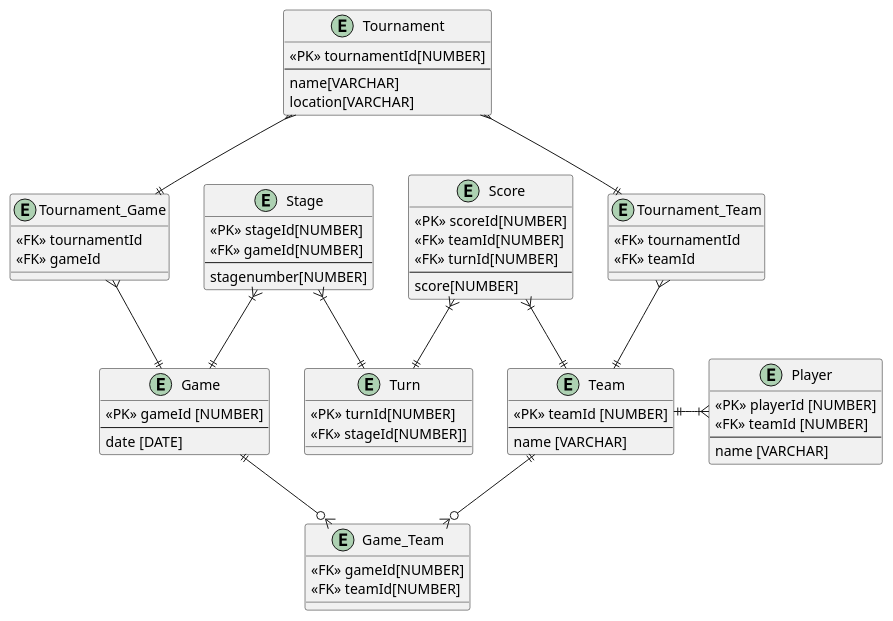
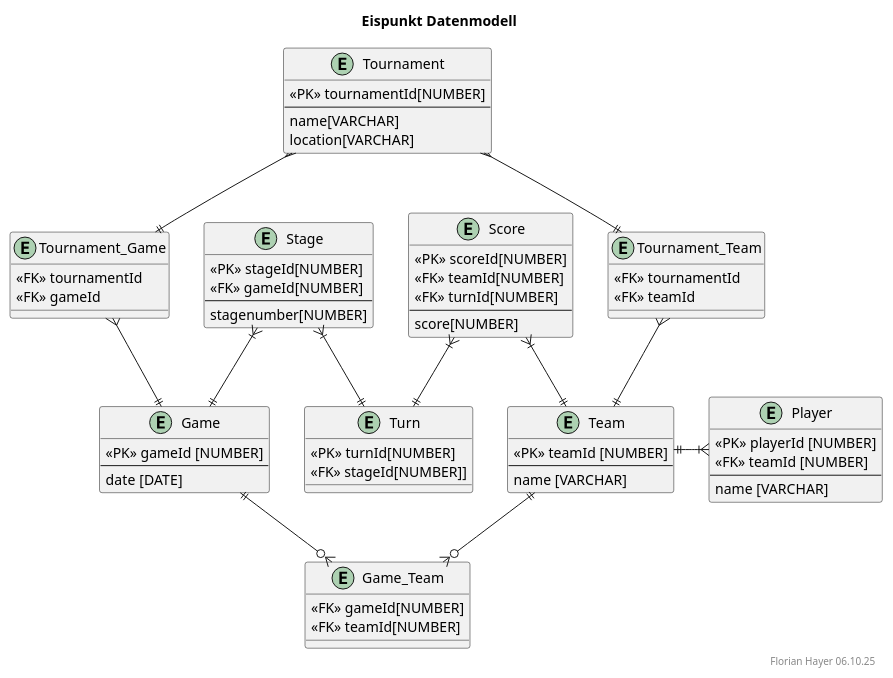
Before and after one commit to 2425-4bhitm-itp/eispunkt: the diagram in EispunktERD.puml, drawn with PlantUML. The commit also changed 5 other files, not shown here.

```diff
--- a/EispunktERD.puml
+++ b/EispunktERD.puml
@@ -1,74 +1,78 @@
 @startuml
+    title Eispunkt Datenmodell
+
     entity Game{
         <<PK>> gameId [NUMBER]
         --
         date [DATE]
     }
 
     entity Game_Team{
         <<FK>> gameId[NUMBER]
         <<FK>> teamId[NUMBER]
     }
 
     entity Team{
         <<PK>> teamId [NUMBER]
         --
         name [VARCHAR]
     }
 
     entity Player{
         <<PK>> playerId [NUMBER]
         <<FK>> teamId [NUMBER]
         --
         name [VARCHAR]
     }
 
     entity Stage{
         <<PK>> stageId[NUMBER]
         <<FK>> gameId[NUMBER]
         --
         stagenumber[NUMBER]
     }
 
     entity Turn {
         <<PK>> turnId[NUMBER]
         <<FK>> stageId[NUMBER]]
     }
 
     entity Score{
         <<PK>> scoreId[NUMBER]
         <<FK>> teamId[NUMBER]
         <<FK>> turnId[NUMBER]
         --
         score[NUMBER]
     }
 
     entity Tournament {
         <<PK>> tournamentId[NUMBER]
         --
         name[VARCHAR]
         location[VARCHAR]
     }
 
     entity Tournament_Game {
         <<FK>> tournamentId
         <<FK>> gameId
     }
 
     entity Tournament_Team {
         <<FK>> tournamentId
         <<FK>> teamId
     }
 
     Team||--o{Game_Team
     Game||--o{Game_Team
     Stage}|-||Game
     Team||-|{Player
     Score}|--||Team
     Score}|--||Turn
     Stage}|--||Turn
     Tournament}--||Tournament_Team
     Tournament}--||Tournament_Game
     Tournament_Team}--||Team
     Tournament_Game}--||Game
+
+    right footer Florian Hayer 06.10.25 
 @enduml
```
